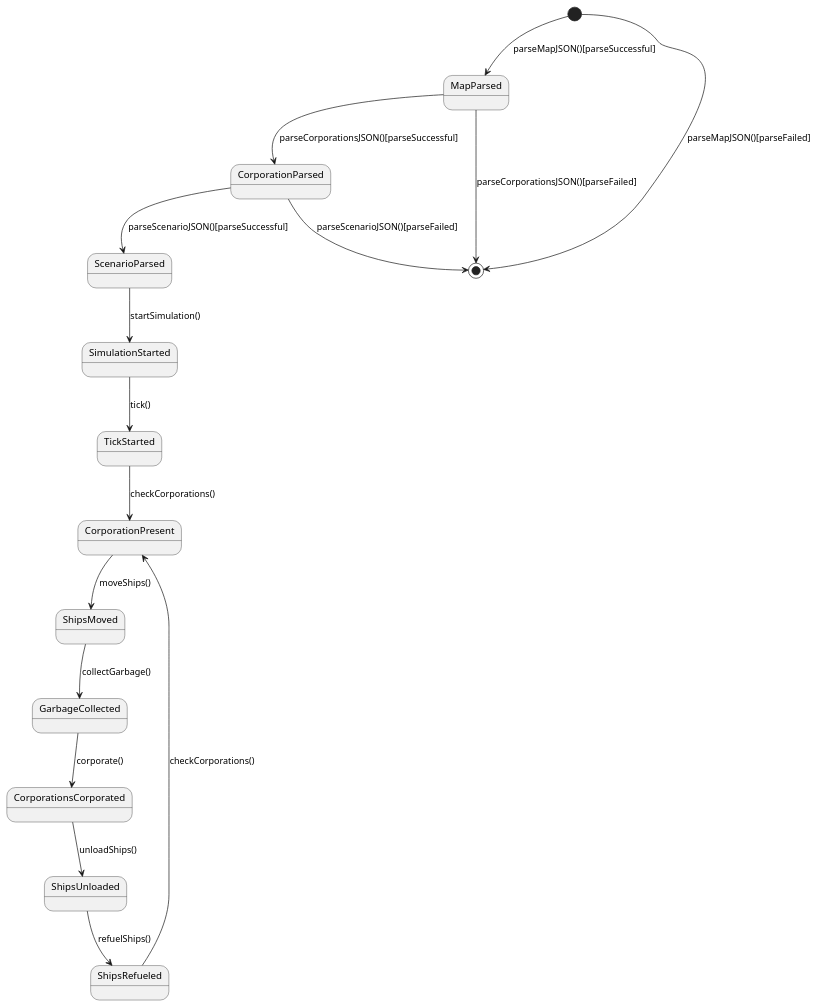
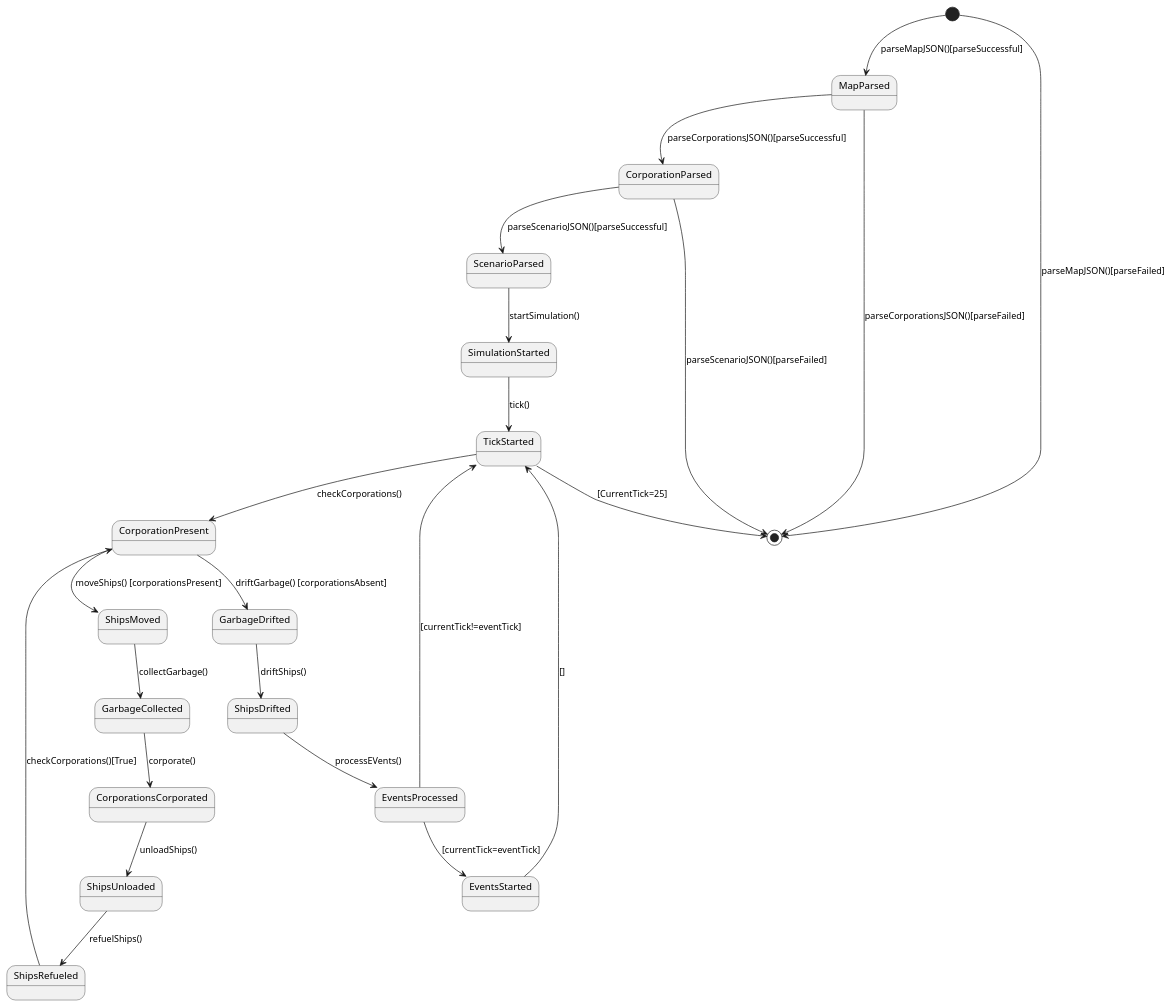
One commit to Atharvakore/Save-The-Saardines changed the diagram in StateDiagram.puml. Above: the diagram before and after it, drawn with PlantUML.

Commit message:
Basic State Diagram

```diff
--- a/StateDiagram.puml
+++ b/StateDiagram.puml
@@ -1,26 +1,31 @@
 @startuml
 
 [*] --> MapParsed : parseMapJSON()[parseSuccessful]
 [*] --> [*] : parseMapJSON()[parseFailed]
 
 MapParsed --> CorporationParsed : parseCorporationsJSON()[parseSuccessful]
 MapParsed --> [*] : parseCorporationsJSON()[parseFailed]
 
 CorporationParsed --> ScenarioParsed : parseScenarioJSON()[parseSuccessful]
 CorporationParsed --> [*] : parseScenarioJSON()[parseFailed]
 
 ScenarioParsed --> SimulationStarted : startSimulation()
 
 SimulationStarted --> TickStarted : tick()
 
 TickStarted --> CorporationPresent : checkCorporations()
-CorporationPresent --> ShipsMoved : moveShips()
+CorporationPresent --> ShipsMoved : moveShips() [corporationsPresent]
 ShipsMoved --> GarbageCollected : collectGarbage()
 GarbageCollected --> CorporationsCorporated : corporate()
 CorporationsCorporated --> ShipsUnloaded : unloadShips()
 ShipsUnloaded --> ShipsRefueled : refuelShips()
-ShipsRefueled --> CorporationPresent : checkCorporations()
-
-
+ShipsRefueled --> CorporationPresent : checkCorporations()[True]
+CorporationPresent --> GarbageDrifted : driftGarbage() [corporationsAbsent]
+GarbageDrifted --> ShipsDrifted : driftShips()
+ShipsDrifted --> EventsProcessed : processEVents()
+EventsProcessed --> TickStarted : [currentTick!=eventTick]
+EventsProcessed --> EventsStarted : [currentTick=eventTick]
+EventsStarted --> TickStarted : []
+TickStarted --> [*] : [CurrentTick=25]
 
 @enduml
```
